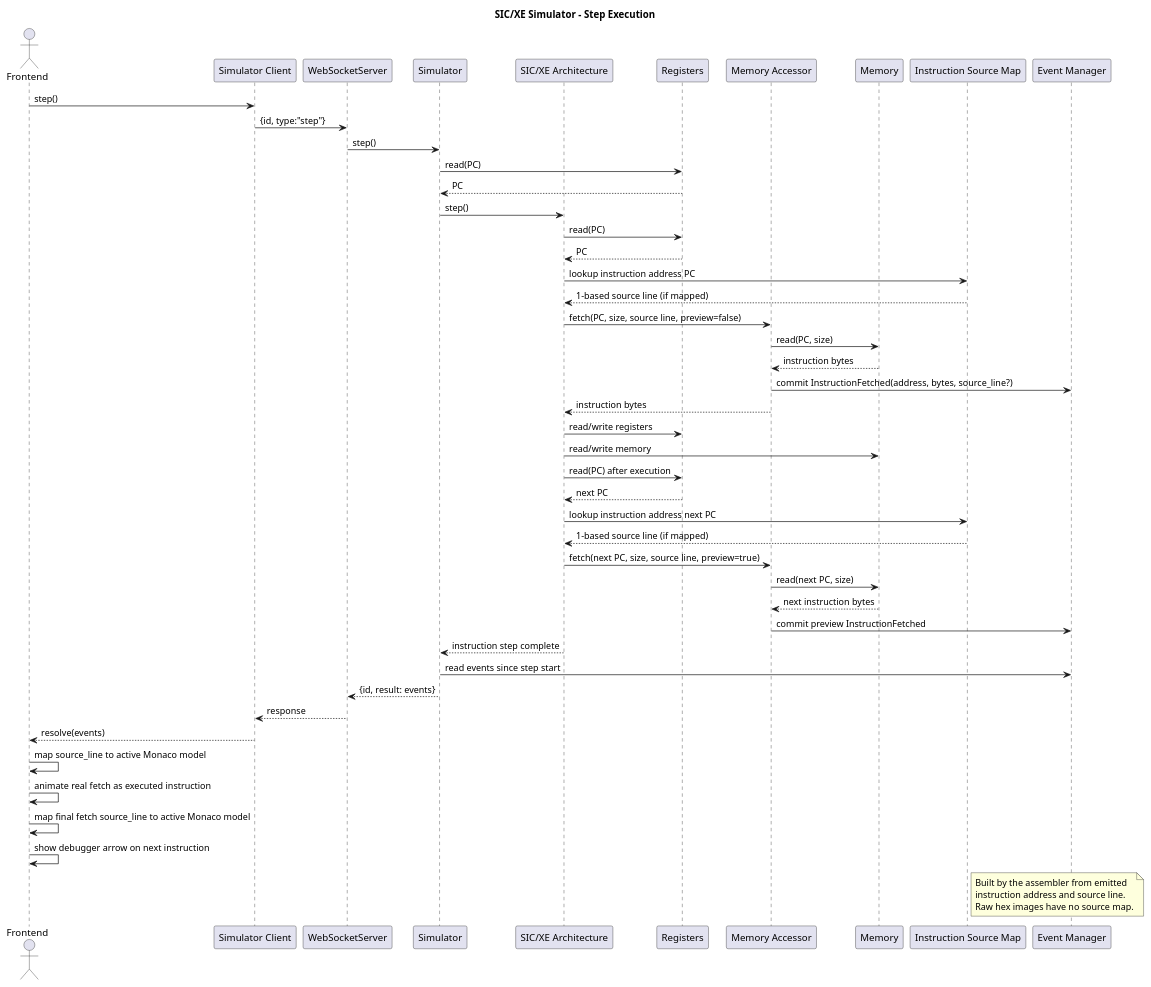
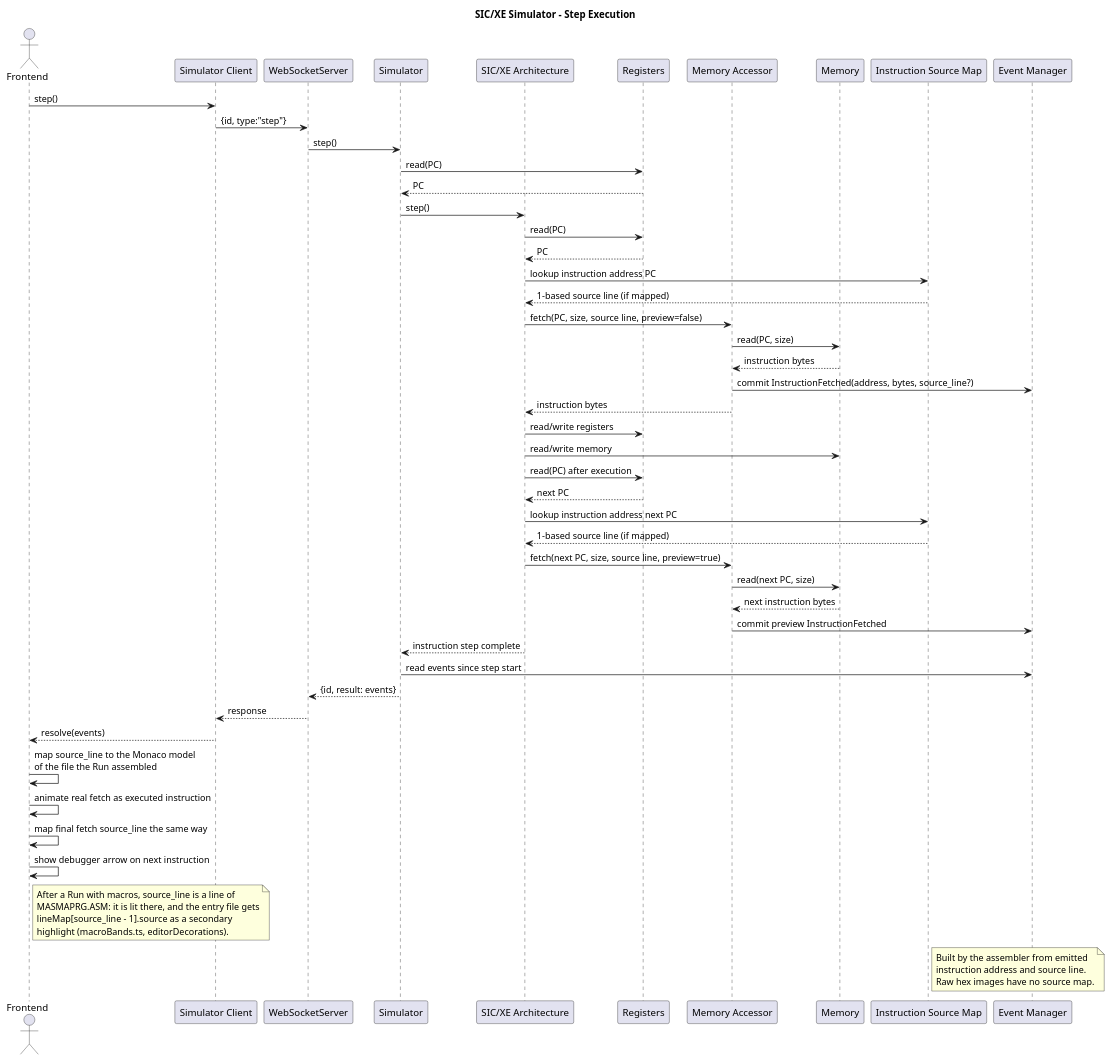
One commit to Eduardo-Machado-Behling/SIC-XE-Simulator changed the diagram in backend/docs/uml/06_step_sequence.puml. Above: the diagram before and after it, drawn with PlantUML. The commit also changed 4 other files, not shown here.

```diff
--- a/backend/docs/uml/06_step_sequence.puml
+++ b/backend/docs/uml/06_step_sequence.puml
@@ -1,61 +1,68 @@
 @startuml
 title SIC/XE Simulator - Step Execution
 actor Frontend
 participant "Simulator Client" as Client
 participant "WebSocketServer" as WS
 participant Simulator
 participant "SIC/XE Architecture" as Architecture
 participant Registers
 participant "Memory Accessor" as MemoryAccessor
 participant Memory
 participant "Instruction Source Map" as SourceMap
 participant "Event Manager" as Events
 
 Frontend -> Client : step()
 Client -> WS : {id, type:"step"}
 WS -> Simulator : step()
 
 Simulator -> Registers : read(PC)
 Registers --> Simulator : PC
 
 Simulator -> Architecture : step()
 Architecture -> Registers : read(PC)
 Registers --> Architecture : PC
 Architecture -> SourceMap : lookup instruction address PC
 SourceMap --> Architecture : 1-based source line (if mapped)
 Architecture -> MemoryAccessor : fetch(PC, size, source line, preview=false)
 MemoryAccessor -> Memory : read(PC, size)
 Memory --> MemoryAccessor : instruction bytes
 MemoryAccessor -> Events : commit InstructionFetched(address, bytes, source_line?)
 MemoryAccessor --> Architecture : instruction bytes
 
 Architecture -> Registers : read/write registers
 Architecture -> Memory : read/write memory
 
 Architecture -> Registers : read(PC) after execution
 Registers --> Architecture : next PC
 Architecture -> SourceMap : lookup instruction address next PC
 SourceMap --> Architecture : 1-based source line (if mapped)
 Architecture -> MemoryAccessor : fetch(next PC, size, source line, preview=true)
 MemoryAccessor -> Memory : read(next PC, size)
 Memory --> MemoryAccessor : next instruction bytes
 MemoryAccessor -> Events : commit preview InstructionFetched
 
 Architecture --> Simulator : instruction step complete
 Simulator -> Events : read events since step start
 
 Simulator --> WS : {id, result: events}
 WS --> Client : response
 Client --> Frontend : resolve(events)
-Frontend -> Frontend : map source_line to active Monaco model
+Frontend -> Frontend : map source_line to the Monaco model\nof the file the Run assembled
 Frontend -> Frontend : animate real fetch as executed instruction
-Frontend -> Frontend : map final fetch source_line to active Monaco model
+Frontend -> Frontend : map final fetch source_line the same way
 Frontend -> Frontend : show debugger arrow on next instruction
+
+note right of Frontend
+After a Run with macros, source_line is a line of
+MASMAPRG.ASM: it is lit there, and the entry file gets
+lineMap[source_line - 1].source as a secondary
+highlight (macroBands.ts, editorDecorations).
+end note
 
 note right of SourceMap
 Built by the assembler from emitted
 instruction address and source line.
 Raw hex images have no source map.
 end note
 
 @enduml
```
